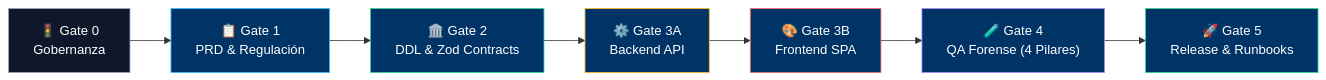
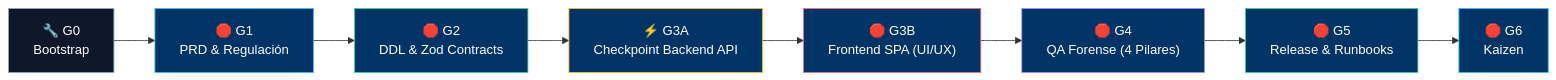
One commit to DanExl24/multiagent-sdlc-starter changed the diagram in AGENTS.md. Above: the diagram before and after it, drawn with Mermaid. The commit also changed other lines of this file and 35 other files, not shown here.

````diff
--- a/AGENTS.md
+++ b/AGENTS.md
@@ -17,17 +34,19 @@
 ```mermaid
 flowchart LR
-    G0["🚦 Gate 0<br/>Gobernanza"] --> G1["📋 Gate 1<br/>PRD & Regulación"]
-    G1 --> G2["🏛️ Gate 2<br/>DDL & Zod Contracts"]
-    G2 --> G3A["⚙️ Gate 3A<br/>Backend API"]
-    G3A --> G3B["🎨 Gate 3B<br/>Frontend SPA"]
-    G3B --> G4["🧪 Gate 4<br/>QA Forense (4 Pilares)"]
-    G4 --> G5["🚀 Gate 5<br/>Release & Runbooks"]
+    G0["🔧 G0<br/>Bootstrap"] --> G1["🛑 G1<br/>PRD & Regulación"]
+    G1 --> G2["🛑 G2<br/>DDL & Zod Contracts"]
+    G2 --> G3A["⚡ G3A<br/>Checkpoint Backend API"]
+    G3A --> G3B["🛑 G3B<br/>Frontend SPA (UI/UX)"]
+    G3B --> G4["🛑 G4<br/>QA Forense (4 Pilares)"]
+    G4 --> G5["🛑 G5<br/>Release & Runbooks"]
+    G5 --> G6["🛑 G6<br/>Kaizen"]
 
     style G0 fill:#0f172a,stroke:#94a3b8,color:#ffffff
     style G1 fill:#003366,stroke:#38bdf8,color:#ffffff
     style G2 fill:#003366,stroke:#34d399,color:#ffffff
     style G3A fill:#003366,stroke:#fbbf24,color:#ffffff
     style G3B fill:#003366,stroke:#f87171,color:#ffffff
     style G4 fill:#003366,stroke:#a78bfa,color:#ffffff
     style G5 fill:#003366,stroke:#34d399,color:#ffffff
+    style G6 fill:#003366,stroke:#38bdf8,color:#ffffff
 ```
````
